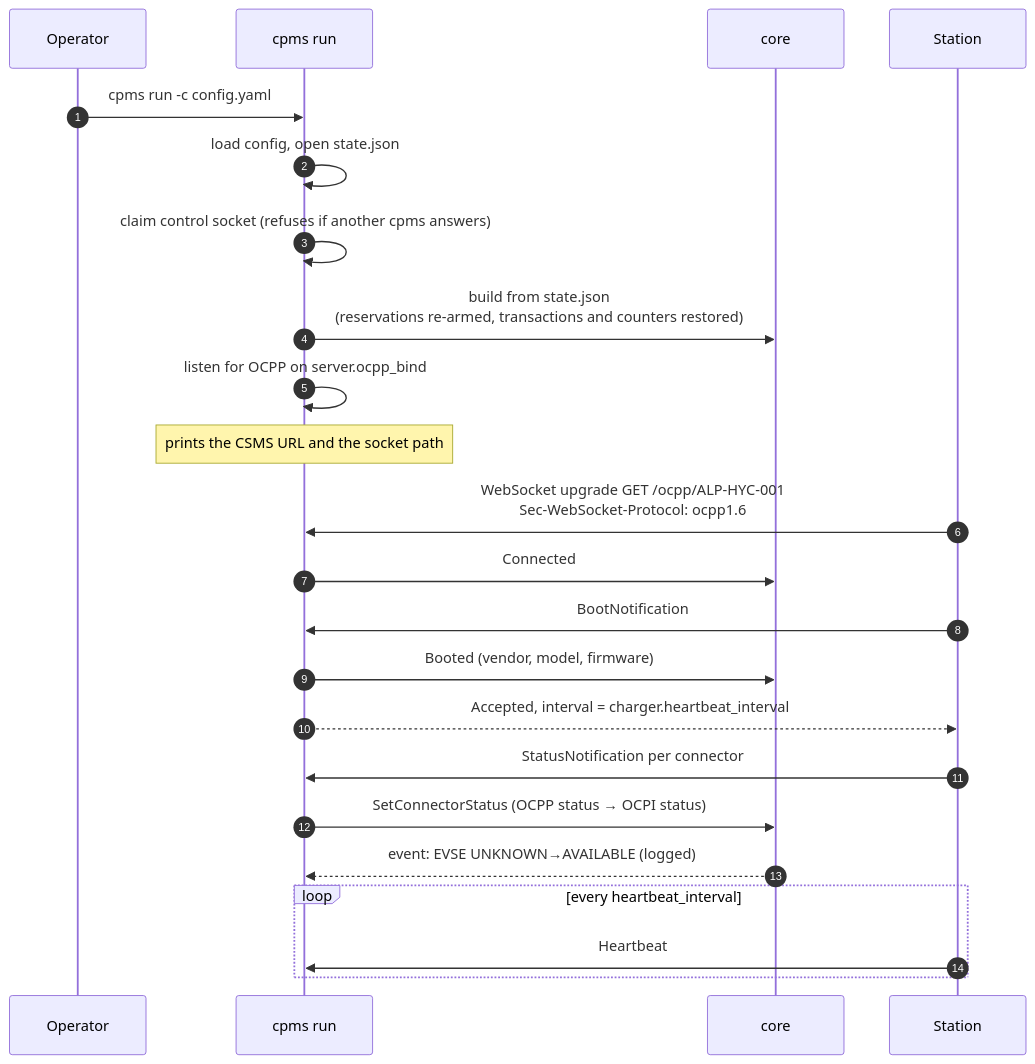
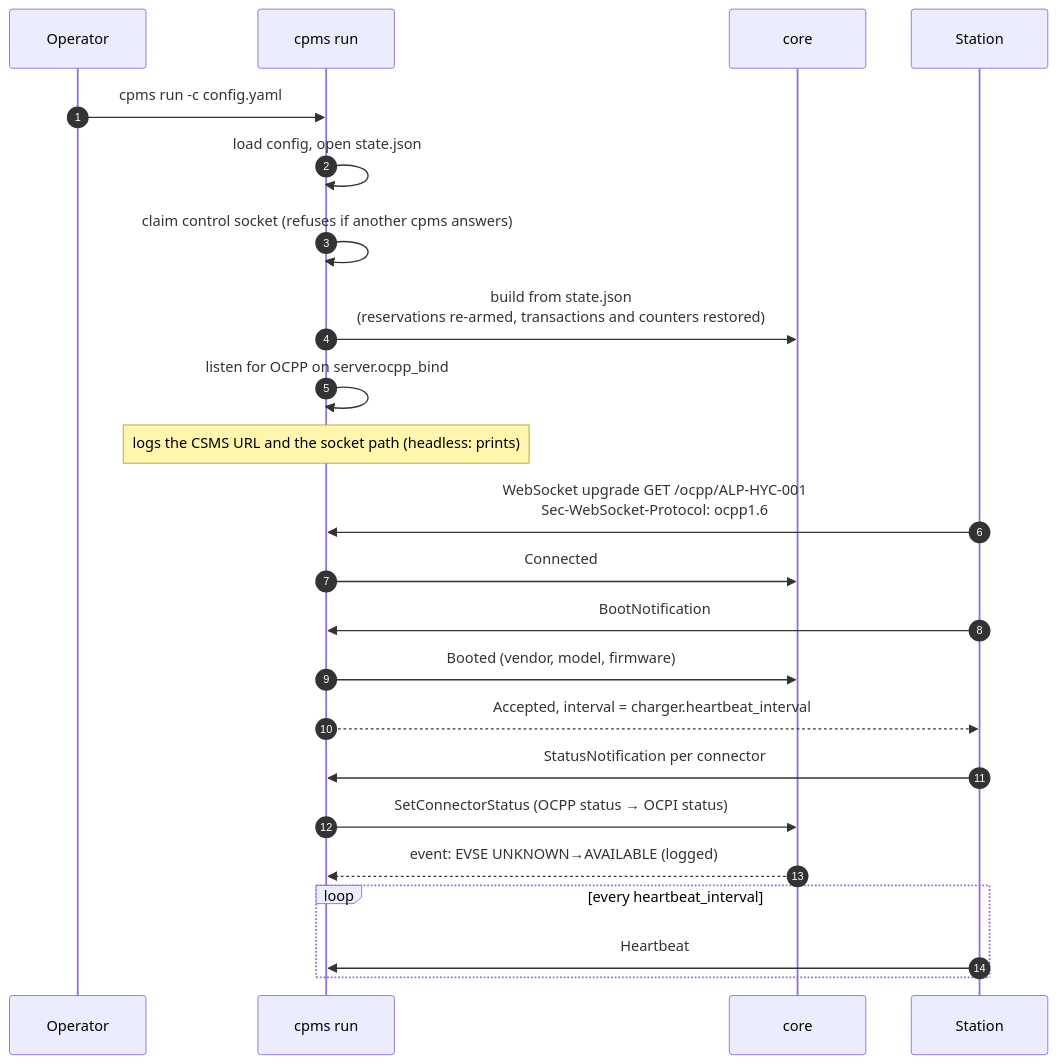
One commit to wolffseb/headless-csms changed the first of 7 diagrams in docs/architecture/sequences.md. Above: the diagram before and after it, drawn with Mermaid. The commit also changed 14 other files, not shown here.

````diff
--- a/docs/architecture/sequences.md
+++ b/docs/architecture/sequences.md
@@ -18,27 +18,27 @@
 ```mermaid
 sequenceDiagram
     autonumber
     participant Op as Operator
     participant Run as cpms run
     participant Core as core
     participant St as Station
 
     Op->>Run: cpms run -c config.yaml
     Run->>Run: load config, open state.json
     Run->>Run: claim control socket (refuses if another cpms answers)
     Run->>Core: build from state.json<br/>(reservations re-armed, transactions and counters restored)
     Run->>Run: listen for OCPP on server.ocpp_bind
-    Note over Run: prints the CSMS URL and the socket path
+    Note over Run: logs the CSMS URL and the socket path (headless: prints)
 
     St->>Run: WebSocket upgrade GET /ocpp/ALP-HYC-001<br/>Sec-WebSocket-Protocol: ocpp1.6
     Run->>Core: Connected
     St->>Run: BootNotification
     Run->>Core: Booted (vendor, model, firmware)
     Run-->>St: Accepted, interval = charger.heartbeat_interval
     St->>Run: StatusNotification per connector
     Run->>Core: SetConnectorStatus (OCPP status → OCPI status)
     Core-->>Run: event: EVSE UNKNOWN→AVAILABLE (logged)
     loop every heartbeat_interval
         St->>Run: Heartbeat
     end
 ```
````
